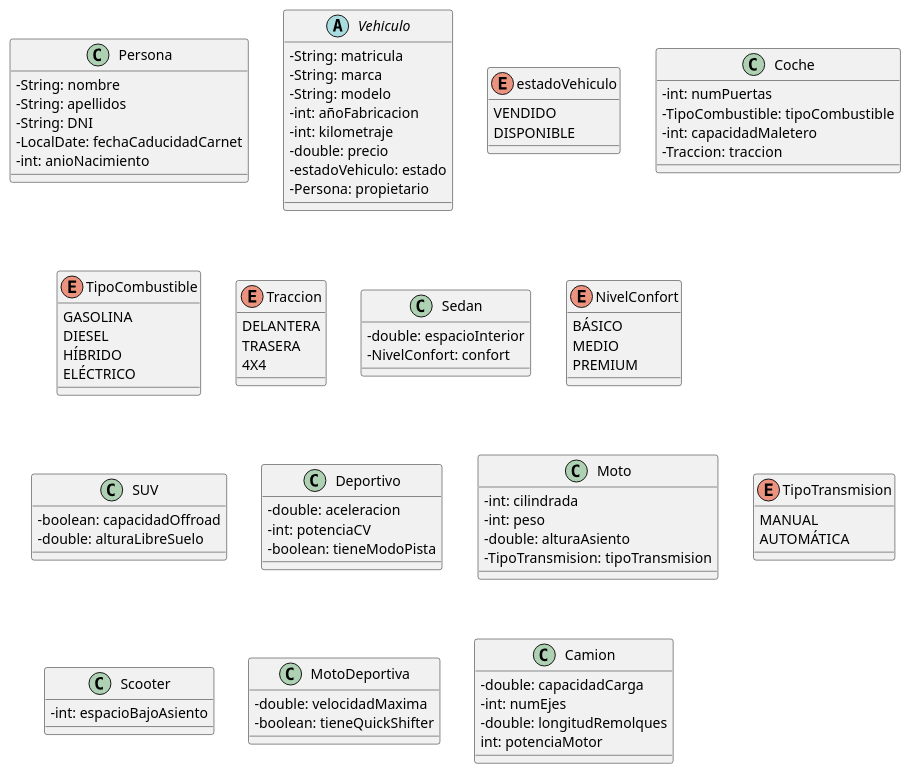
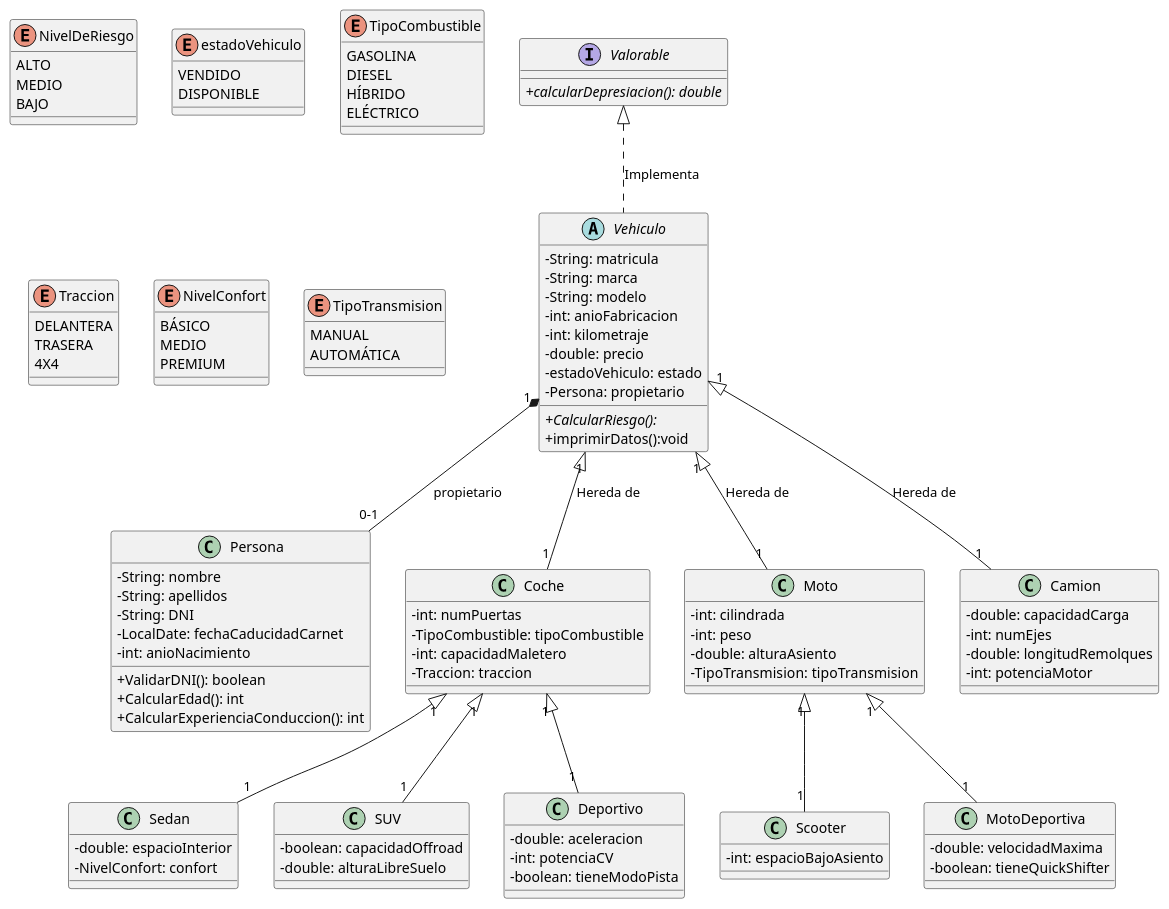
The diagram in uml/Vehiculo.puml (JuanDiego643/UT5_ED_Prog), drawn with PlantUML before and after one commit.

Commit message:
Tercer commit.Identificación de metodos y operaciones + creación de relaciones principales

```diff
--- a/uml/Vehiculo.puml
+++ b/uml/Vehiculo.puml
@@ -1,92 +1,126 @@
 @startuml
  skinparam classAttributeIconSize 0
+
  class Persona {
-     - String: nombre
-     - String: apellidos
-     - String: DNI
-     - LocalDate: fechaCaducidadCarnet
-     - int: anioNacimiento
+    - String: nombre
+    - String: apellidos
+    - String: DNI
+    - LocalDate: fechaCaducidadCarnet
+    - int: anioNacimiento
+    +ValidarDNI(): boolean
+    +CalcularEdad(): int
+    +CalcularExperienciaConduccion(): int
  }
 abstract class Vehiculo {
-    - String: matricula
-    - String: marca
-    - String: modelo
-    - int: añoFabricacion
-    - int: kilometraje
-    - double: precio
-    - estadoVehiculo: estado
-    - Persona: propietario
+   - String: matricula
+   - String: marca
+   - String: modelo
+   - int: anioFabricacion
+   - int: kilometraje
+   - double: precio
+   - estadoVehiculo: estado
+   - Persona: propietario
 
+    +{abstract}CalcularRiesgo():
+    +imprimirDatos():void
 }
+Vehiculo "1" <|-- "1" Coche: Hereda de
+Vehiculo "1" <|-- "1" Moto: Hereda de
+Vehiculo "1" <|-- "1" Camion: Hereda de
+Vehiculo "1" *-- "0-1" Persona : propietario
+
+
+
+class Coche {
+   - int: numPuertas
+   - TipoCombustible: tipoCombustible
+   - int: capacidadMaletero
+   - Traccion: traccion
+}
+Coche"1" <|--"1" Sedan
+Coche"1" <|--"1" SUV
+Coche"1" <|--"1" Deportivo
+
+class Sedan {
+   - double: espacioInterior
+   - NivelConfort: confort
+}
+
+
+class SUV {
+   - boolean: capacidadOffroad
+   - double: alturaLibreSuelo
+}
+
+class Deportivo {
+   - double: aceleracion
+   - int: potenciaCV
+   - boolean: tieneModoPista
+}
+
+class Moto{
+   - int: cilindrada
+   - int: peso
+   - double: alturaAsiento
+   - TipoTransmision: tipoTransmision
+}
+Moto"1" <|--"1" Scooter
+Moto"1" <|--"1" MotoDeportiva
+
+class Scooter{
+   - int: espacioBajoAsiento
+}
+
+class MotoDeportiva {
+   - double: velocidadMaxima
+   - boolean: tieneQuickShifter
+}
+
+class Camion {
+   - double: capacidadCarga
+   - int: numEjes
+   - double: longitudRemolques
+   - int: potenciaMotor
+}
+
+enum NivelDeRiesgo {
+    ALTO
+    MEDIO
+    BAJO
+}
+
 enum estadoVehiculo {
 VENDIDO
 DISPONIBLE
 }
 
-class Coche {
-    - int: numPuertas
-    - TipoCombustible: tipoCombustible
-    - int: capacidadMaletero
-    - Traccion: traccion
-}
 enum TipoCombustible {
     GASOLINA
     DIESEL
     HÍBRIDO
     ELÉCTRICO
 }
 
 enum Traccion {
     DELANTERA
     TRASERA
     4X4
 }
 
-class Sedan {
-    -double: espacioInterior
-    -NivelConfort: confort
-}
 enum NivelConfort {
     BÁSICO
     MEDIO
     PREMIUM
 }
 
-class SUV {
-    -boolean: capacidadOffroad
-    -double: alturaLibreSuelo
-}
-
-class Deportivo {
-    -double: aceleracion
-    -int: potenciaCV
-    -boolean: tieneModoPista
-}
-
-class Moto{
-    -int: cilindrada
-    -int: peso
-    -double: alturaAsiento
-    -TipoTransmision: tipoTransmision
-}
 enum TipoTransmision {
     MANUAL
     AUTOMÁTICA
 }
 
-class Scooter{
-    -int: espacioBajoAsiento
+
+interface Valorable {
++{abstract} calcularDepresiacion(): double
 }
-
-class MotoDeportiva {
-    -double: velocidadMaxima
-    -boolean: tieneQuickShifter
-}
-
-class Camion {
-    -double: capacidadCarga
-    -int: numEjes
-    -double: longitudRemolques
-    int: potenciaMotor
-}
+Valorable <|.. Vehiculo: Implementa
 @enduml
```
